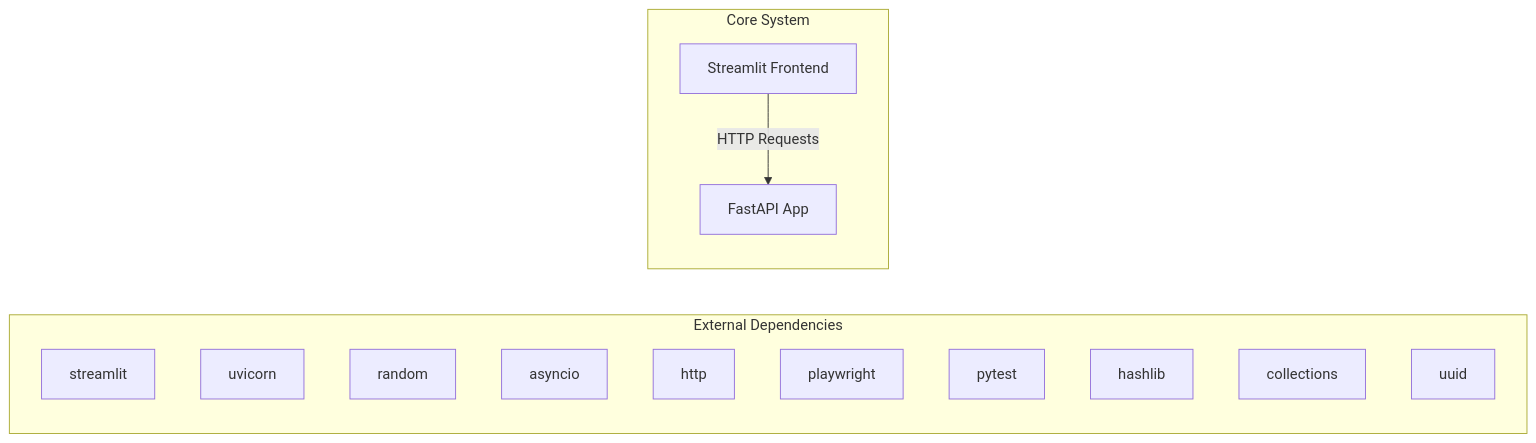
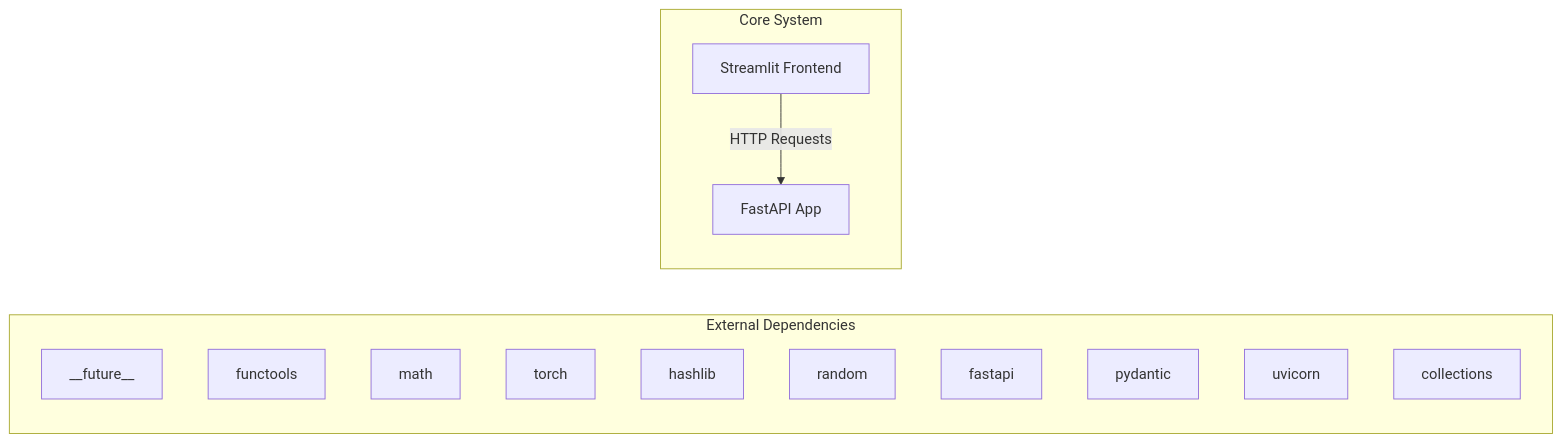
The first of 2 diagrams in docs/architecture.md (NITISH-R-G/rag-context-optimizer), drawn with Mermaid before and after one commit. The commit also changed 1 other file, not shown here.

Commit message:
docs: auto-update repository knowledge, architecture diagrams, and documentation

````diff
--- a/docs/architecture.md
+++ b/docs/architecture.md
@@ -7,20 +7,20 @@
 ```mermaid
 graph LR
     subgraph External Dependencies
-        E0["streamlit"]
-        E1["uvicorn"]
-        E2["random"]
-        E3["asyncio"]
-        E4["http"]
-        E5["playwright"]
-        E6["pytest"]
-        E7["hashlib"]
-        E8["collections"]
-        E9["uuid"]
+        E0["__future__"]
+        E1["functools"]
+        E2["math"]
+        E3["torch"]
+        E4["hashlib"]
+        E5["random"]
+        E6["fastapi"]
+        E7["pydantic"]
+        E8["uvicorn"]
+        E9["collections"]
     end
     subgraph Core System
         API["FastAPI App"]
         UI["Streamlit Frontend"]
     end
     UI -->|HTTP Requests| API
 ```
````
